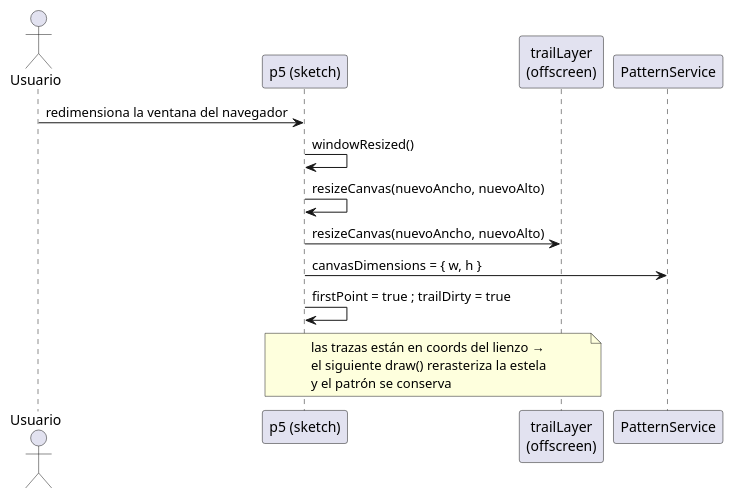
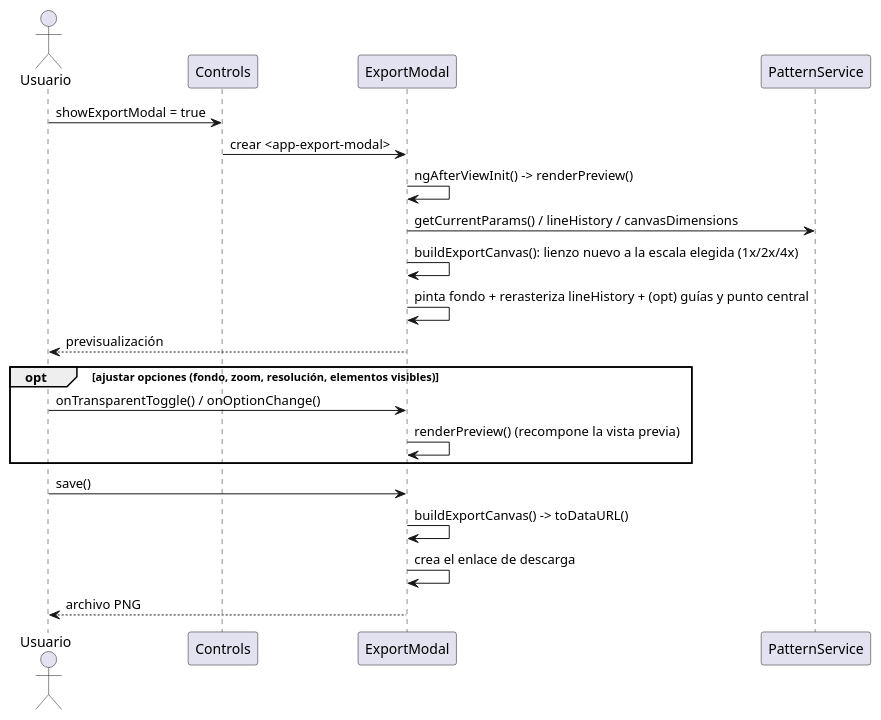
The third of 3 diagrams in claude/memoria-cap5-diseno.md (IgnacioMol/Epicycloid_generator), drawn with PlantUML before and after one commit. The commit also changed other lines of this file and 1 other file, not shown here.

````diff
--- a/claude/memoria-cap5-diseno.md
+++ b/claude/memoria-cap5-diseno.md
@@ -190,16 +168,26 @@
 ```plantuml
-@startuml SecRedimensionado
+@startuml SecExportarImagen
 actor Usuario
-participant "p5 (sketch)" as P5
-participant "trailLayer\n(offscreen)" as TL
+participant "Controls" as C
+participant "ExportModal" as EM
 participant "PatternService" as PS
 
-Usuario -> P5 : redimensiona la ventana del navegador
-P5 -> P5 : windowResized()
-P5 -> P5 : resizeCanvas(nuevoAncho, nuevoAlto)
-P5 -> TL : resizeCanvas(nuevoAncho, nuevoAlto)
-P5 -> PS : canvasDimensions = { w, h }
-P5 -> P5 : firstPoint = true ; trailDirty = true
-note over P5, TL : las trazas están en coords del lienzo →\nel siguiente draw() rerasteriza la estela\ny el patrón se conserva
+Usuario -> C : showExportModal = true
+C -> EM : crear <app-export-modal>
+EM -> EM : ngAfterViewInit() -> renderPreview()
+EM -> PS : getCurrentParams() / lineHistory / canvasDimensions
+EM -> EM : buildExportCanvas(): lienzo nuevo a la escala elegida (1x/2x/4x)
+EM -> EM : pinta fondo + rerasteriza lineHistory + (opt) guías y punto central
+EM --> Usuario : previsualización
+
+opt ajustar opciones (fondo, zoom, resolución, elementos visibles)
+  Usuario -> EM : onTransparentToggle() / onOptionChange()
+  EM -> EM : renderPreview() (recompone la vista previa)
+end
+
+Usuario -> EM : save()
+EM -> EM : buildExportCanvas() -> toDataURL()
+EM -> EM : crea el enlace de descarga
+EM --> Usuario : archivo PNG
 @enduml
 ```
````
